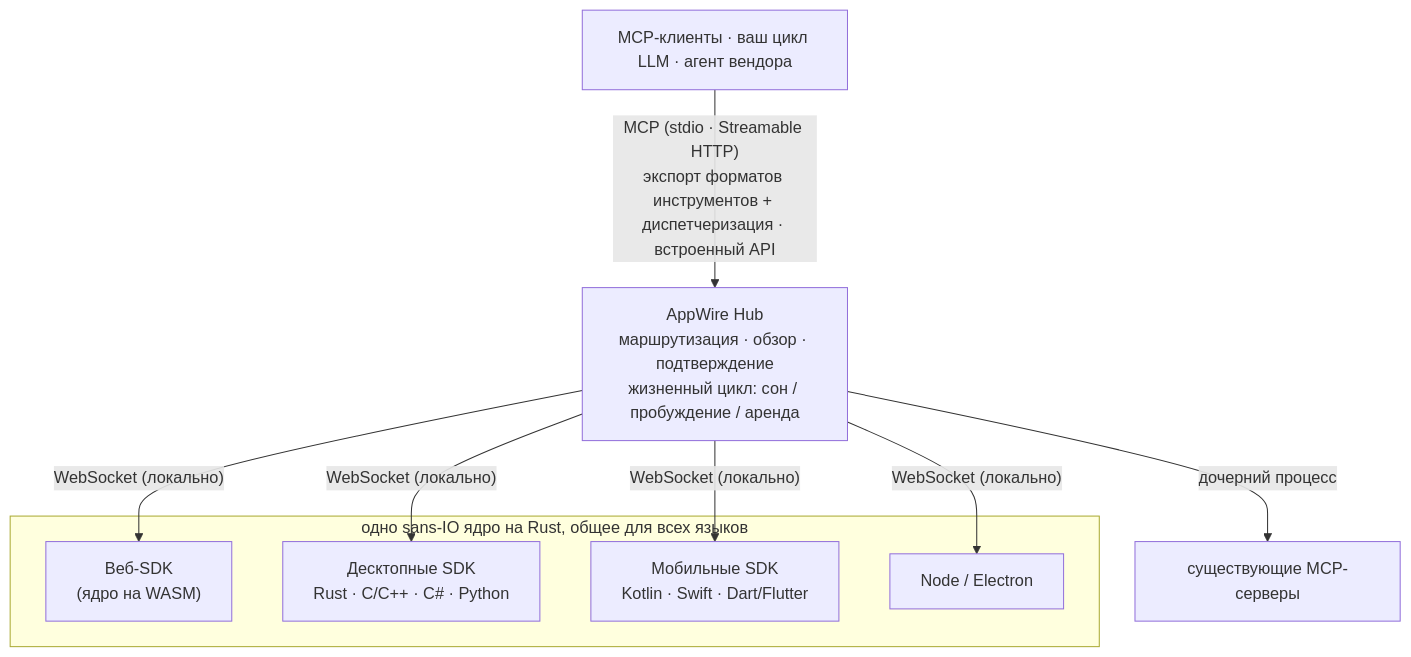
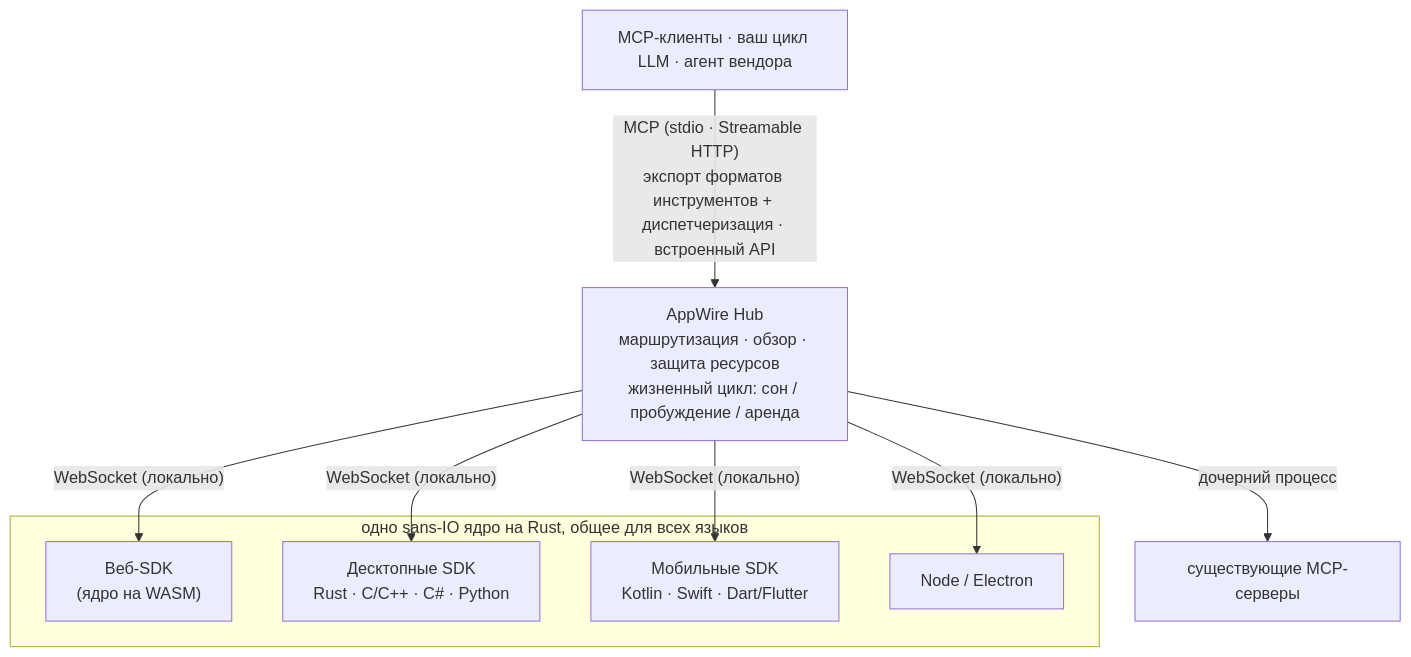
Before and after one commit to stareing/appwire: the diagram in docs/README.ru.md, drawn with Mermaid. The commit also changed other lines of this file and 11 other files, not shown here.

Commit message:
第 18 项 L1 + L4：README（11 种语言）与 llms.txt 去掉"Hub 审批"承诺，改为放行归 Agent、高风险确认归 App、本库如实传递声明并保护资源；补第 9 条原则"看得见、改得回"

````diff
--- a/docs/README.ru.md
+++ b/docs/README.ru.md
@@ -153,17 +155,17 @@
 ```mermaid
 flowchart TD
   clients["MCP-клиенты · ваш цикл LLM · агент вендора"]
-  hub["AppWire Hub<br/>маршрутизация · обзор · подтверждение<br/>жизненный цикл: сон / пробуждение / аренда"]
+  hub["AppWire Hub<br/>маршрутизация · обзор · защита ресурсов<br/>жизненный цикл: сон / пробуждение / аренда"]
   clients -- "MCP (stdio · Streamable HTTP)<br/>экспорт форматов инструментов + диспетчеризация · встроенный API" --> hub
   hub -- "WebSocket (локально)" --> web["Веб-SDK<br/>(ядро на WASM)"]
   hub -- "WebSocket (локально)" --> desktop["Десктопные SDK<br/>Rust · C/C++ · C# · Python"]
   hub -- "WebSocket (локально)" --> mobile["Мобильные SDK<br/>Kotlin · Swift · Dart/Flutter"]
   hub -- "WebSocket (локально)" --> node["Node / Electron"]
   hub -- "дочерний процесс" --> upstream["существующие MCP-серверы"]
   subgraph core["одно sans-IO ядро на Rust, общее для всех языков"]
     web
     desktop
     mobile
     node
   end
 ```
````
